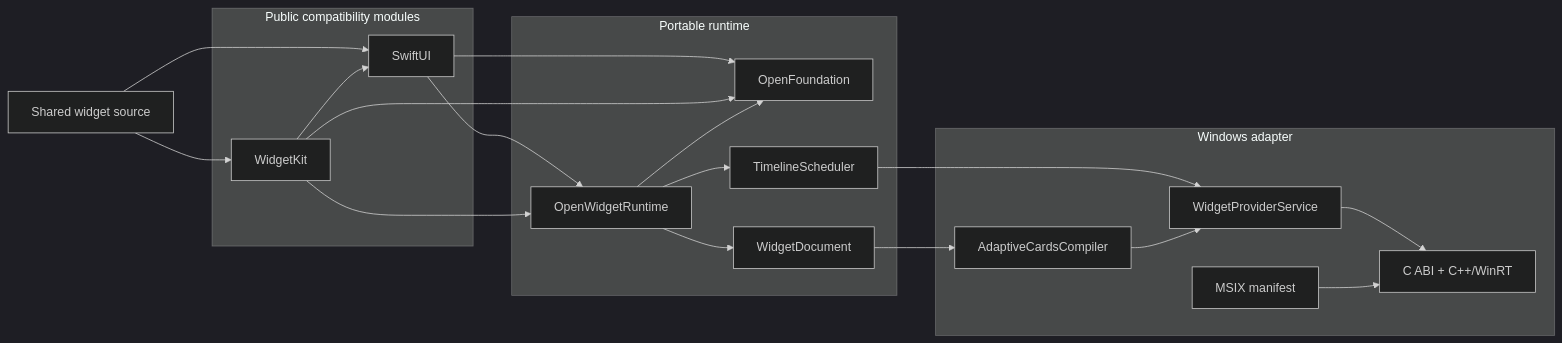
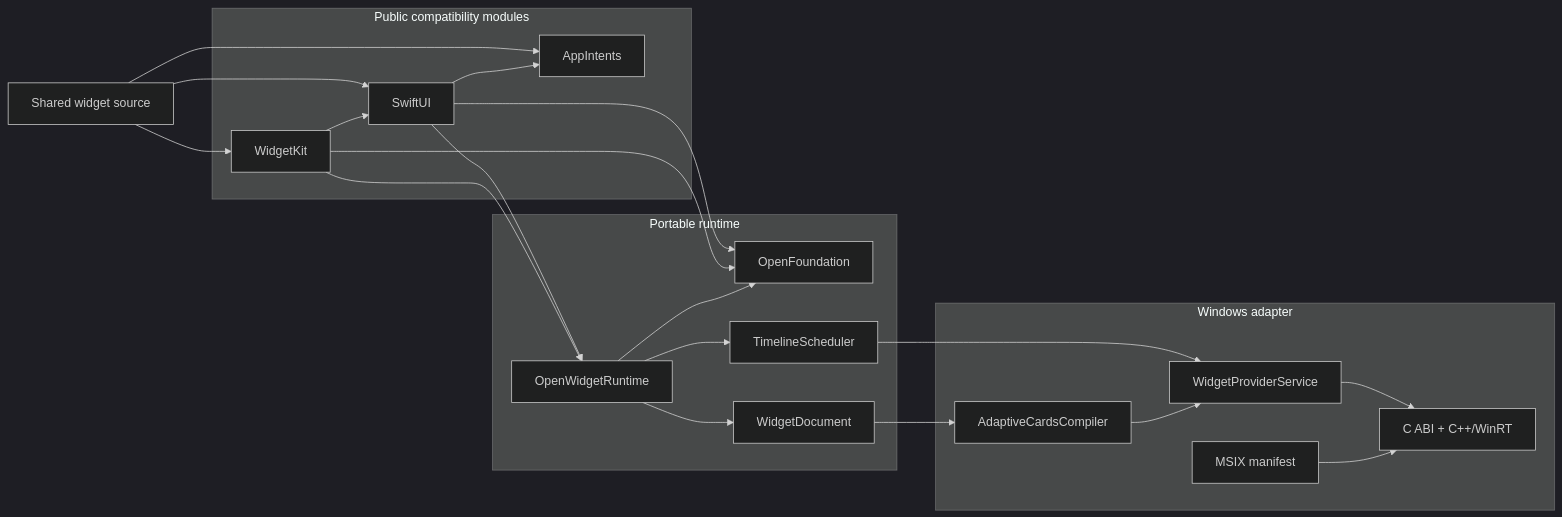
One commit to 1amageek/OpenWidgetKit changed the first of 3 diagrams in DESIGN.md. Above: the diagram before and after it, drawn with Mermaid (dark theme). The commit also changed other lines of this file and 75 other files, not shown here.

````diff
--- a/DESIGN.md
+++ b/DESIGN.md
@@ -75,39 +81,42 @@
 ```mermaid
 flowchart LR
     Source["Shared widget source"]
 
     subgraph Public["Public compatibility modules"]
+        AppIntents["AppIntents"]
         SwiftUI["SwiftUI"]
         WidgetKit["WidgetKit"]
     end
 
     subgraph Portable["Portable runtime"]
         Foundation["OpenFoundation"]
         Runtime["OpenWidgetRuntime"]
         IR["WidgetDocument"]
         Scheduler["TimelineScheduler"]
     end
 
     subgraph Windows["Windows adapter"]
         Compiler["AdaptiveCardsCompiler"]
         Service["WidgetProviderService"]
         Bridge["C ABI + C++/WinRT"]
         Package["MSIX manifest"]
     end
 
     Source --> SwiftUI
     Source --> WidgetKit
+    Source --> AppIntents
+    SwiftUI --> AppIntents
     WidgetKit --> SwiftUI
     SwiftUI --> Foundation
     WidgetKit --> Foundation
     Runtime --> Foundation
     SwiftUI --> Runtime
     WidgetKit --> Runtime
     Runtime --> IR
     Runtime --> Scheduler
     IR --> Compiler
     Scheduler --> Service
     Compiler --> Service
     Service --> Bridge
     Package --> Bridge
 ```
````
